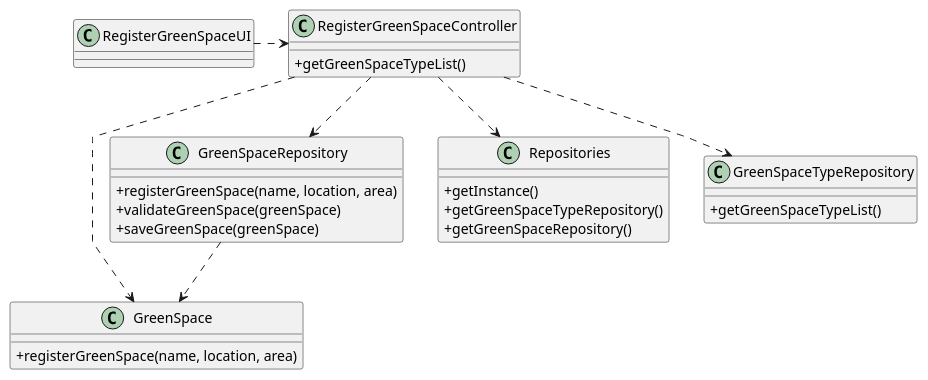
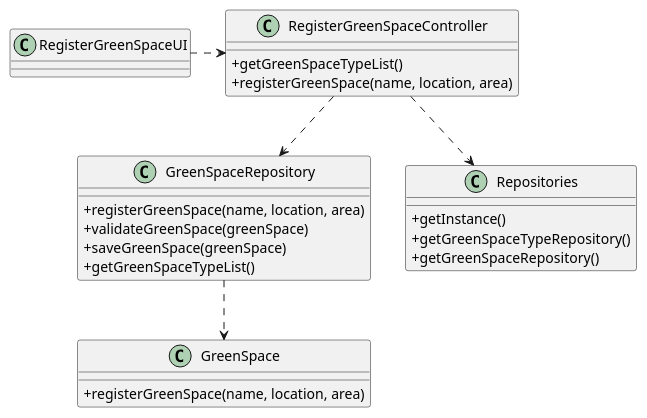
One commit to rpedros02/lei-24-s2-1DL-g08 changed the diagram in docs/sprintC/us020/03.design/puml/us020-class-diagram.puml. Above: the diagram before and after it, drawn with PlantUML. The commit also changed 12 other files, not shown here.

```diff
--- a/docs/sprintC/us020/03.design/puml/us020-class-diagram.puml
+++ b/docs/sprintC/us020/03.design/puml/us020-class-diagram.puml
@@ -1,53 +1,49 @@
 @startuml
 'skinparam monochrome true
 skinparam packageStyle rectangle
 skinparam shadowing false
 skinparam linetype polyline
 'skinparam linetype orto
 
 skinparam classAttributeIconSize 0
 
 
 class GreenSpace {
     + registerGreenSpace(name, location, area)
 }
 
 class GreenSpaceRepository {
     + registerGreenSpace(name, location, area)
     + validateGreenSpace(greenSpace)
     + saveGreenSpace(greenSpace)
+    + getGreenSpaceTypeList()
 
 }
 
 class Repositories {
     + getInstance()
     + getGreenSpaceTypeRepository()
     + getGreenSpaceRepository()
 
 }
 
-class GreenSpaceTypeRepository {
-    + getGreenSpaceTypeList()
-
-}
 
 class RegisterGreenSpaceController {
     + getGreenSpaceTypeList()
+    + registerGreenSpace(name, location, area)
 
 }
 
 class RegisterGreenSpaceUI {
 }
 
 
 RegisterGreenSpaceUI .right.> RegisterGreenSpaceController
 RegisterGreenSpaceController ..> GreenSpaceRepository
-RegisterGreenSpaceController ..> GreenSpace
 RegisterGreenSpaceController ..> Repositories
-RegisterGreenSpaceController ..> GreenSpaceTypeRepository
 GreenSpaceRepository ..> GreenSpace
 
 
 
 
 @enduml
```
